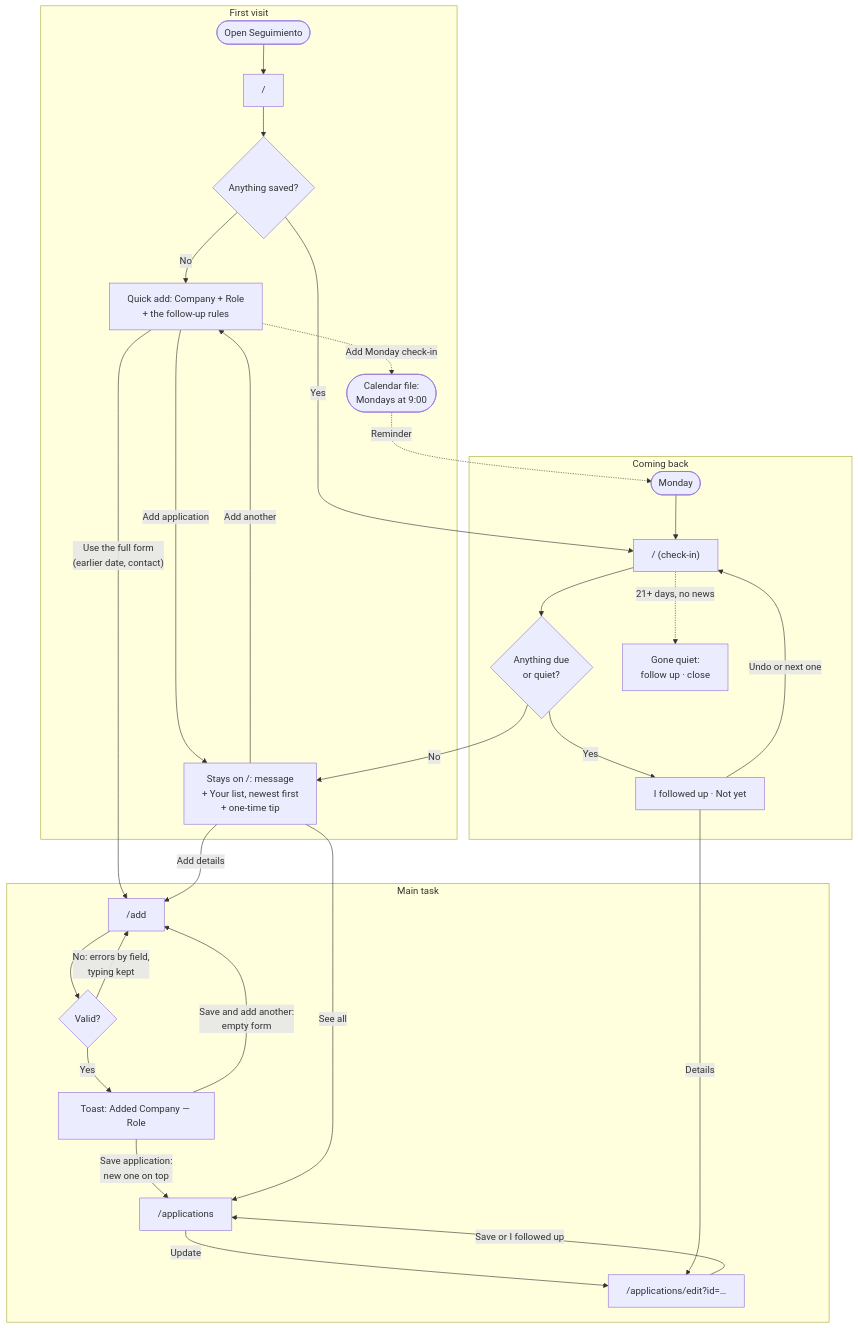
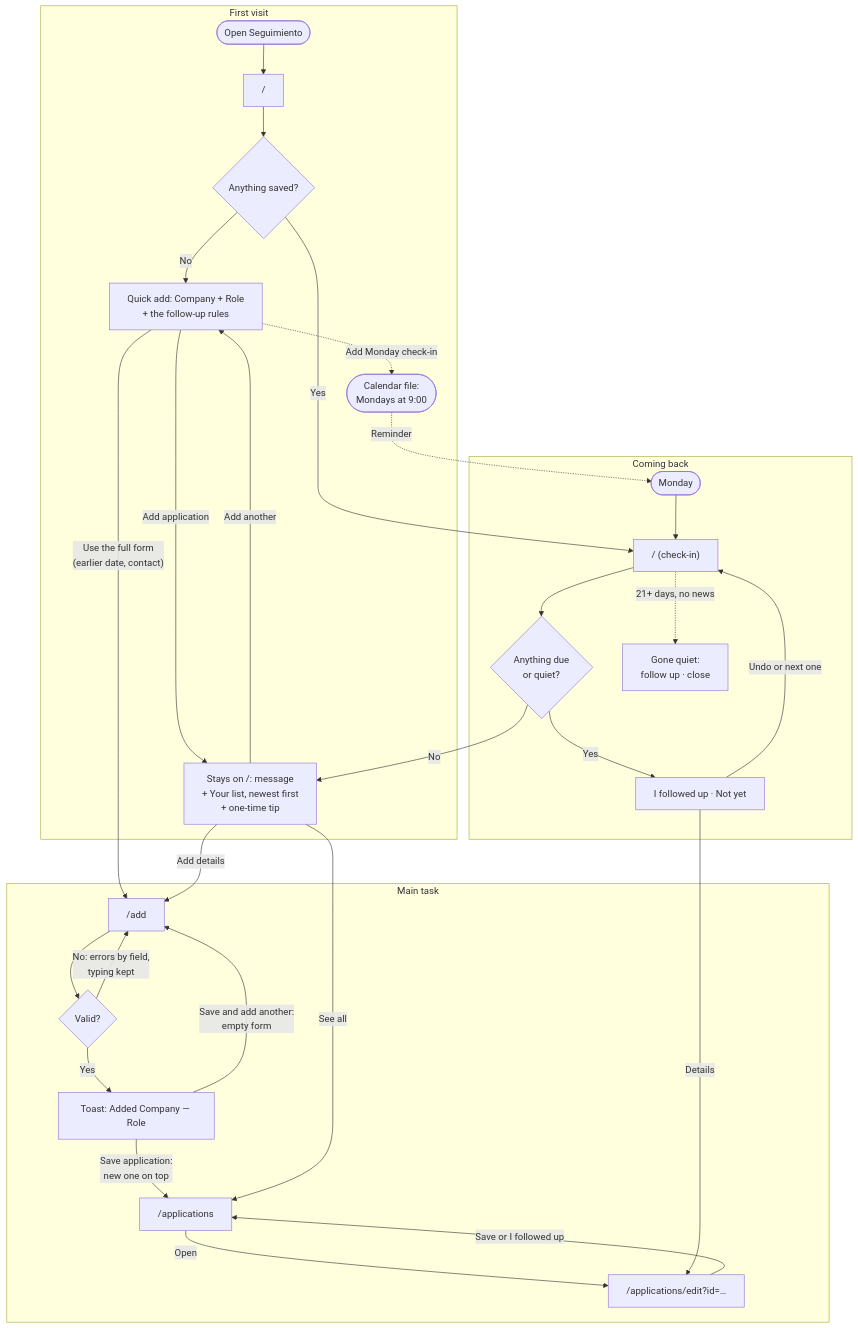
One commit to gmedranotorres/projectdbs changed the diagram in a3-patterns-and-flows/README.md. Above: the diagram before and after it, drawn with Mermaid. The commit also changed 7 other files, not shown here.

First line of the commit message:
A3: applications list with filters

````diff
--- a/a3-patterns-and-flows/README.md
+++ b/a3-patterns-and-flows/README.md
@@ -17,37 +17,37 @@
 ```mermaid
 flowchart TD
   subgraph first["First visit"]
     open(["Open Seguimiento"]) --> home["/"]
     home --> anything{"Anything saved?"}
     anything -- No --> empty["Quick add: Company + Role<br/>+ the follow-up rules"]
     empty -- "Add application" --> listed["Stays on /: message<br/>+ Your list, newest first<br/>+ one-time tip"]
     listed -- "Add another" --> empty
     empty -. "Add Monday check-in" .-> ics(["Calendar file:<br/>Mondays at 9:00"])
   end
 
   subgraph main["Main task"]
     add["/add"] --> valid{"Valid?"}
     valid -- "No: errors by field,<br/>typing kept" --> add
     valid -- Yes --> saved["Toast: Added Company — Role"]
     saved -- "Save and add another:<br/>empty form" --> add
     saved -- "Save application:<br/>new one on top" --> list["/applications"]
-    list -- Update --> edit["/applications/edit?id=…"]
+    list -- Open --> edit["/applications/edit?id=…"]
     edit -- "Save or I followed up" --> list
   end
 
   subgraph back["Coming back"]
     monday(["Monday"]) --> checkin["/ (check-in)"]
     checkin --> due{"Anything due<br/>or quiet?"}
     due -- Yes --> act["I followed up · Not yet"]
     act -- "Undo or next one" --> checkin
     checkin -. "21+ days, no news" .-> quiet["Gone quiet:<br/>follow up · close"]
   end
 
   empty -- "Use the full form<br/>(earlier date, contact)" --> add
   due -- No --> listed
   listed -- "See all" --> list
   listed -- "Add details" --> add
   ics -. "Reminder" .-> monday
   anything -- Yes --> checkin
   act -- Details --> edit
 ```
````
